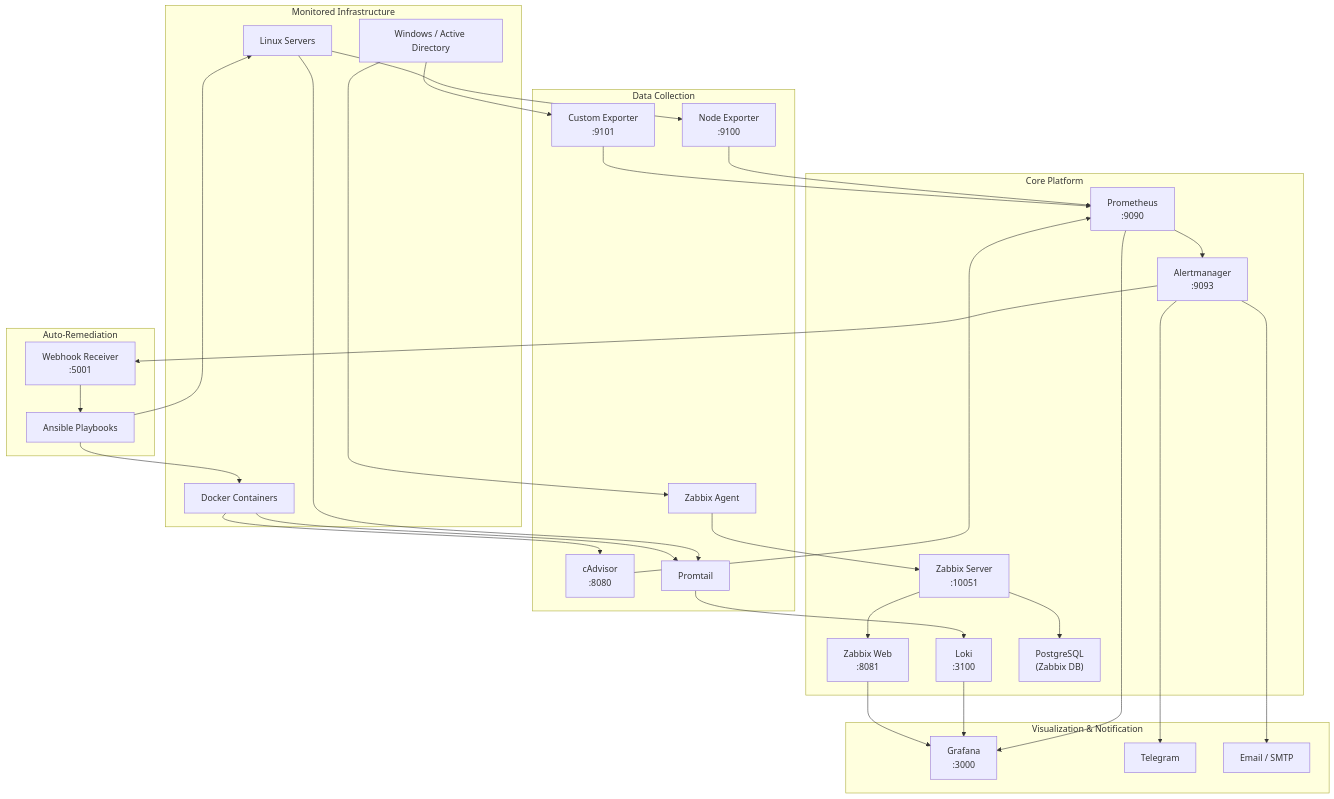
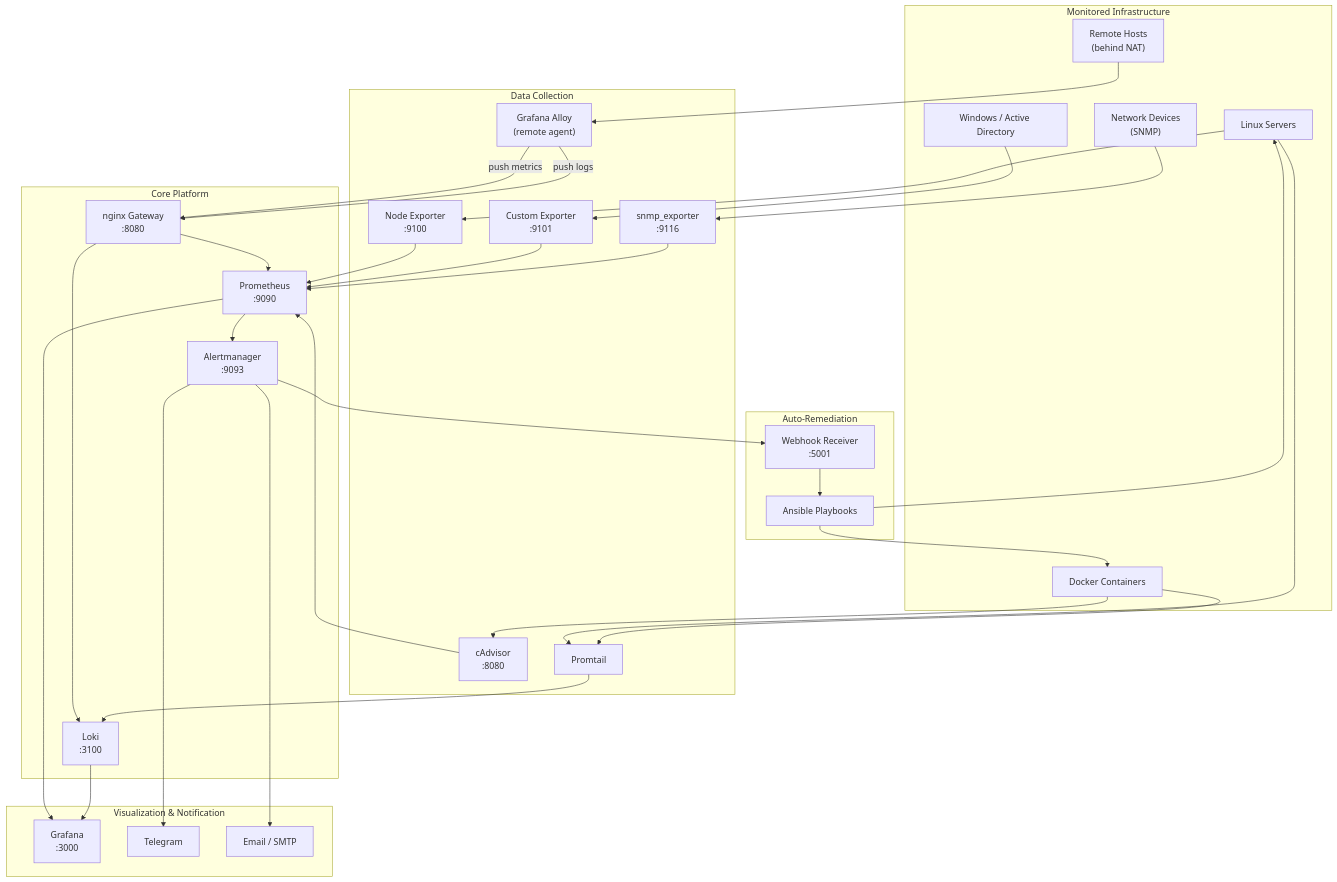
One commit to sahmaragaev/panoptes changed the diagram in README.md. Above: the diagram before and after it, drawn with Mermaid. The commit also changed other lines of this file and 36 other files, not shown here.

First line of the commit message:
Update Docker Compose configuration, add Grafana Alloy agent, and enhance documentation

````diff
--- a/README.md
+++ b/README.md
@@ -28,65 +28,68 @@
 ```mermaid
 flowchart TB
     subgraph Targets["Monitored Infrastructure"]
         Linux["Linux Servers"]
         Windows["Windows / Active Directory"]
         Docker["Docker Containers"]
+        NetDev["Network Devices\n(SNMP)"]
+        Remote["Remote Hosts\n(behind NAT)"]
     end
 
     subgraph Collectors["Data Collection"]
         NE["Node Exporter\n:9100"]
         CE["Custom Exporter\n:9101"]
         CA["cAdvisor\n:8080"]
         PT["Promtail"]
-        ZA["Zabbix Agent"]
+        SE["snmp_exporter\n:9116"]
+        AL["Grafana Alloy\n(remote agent)"]
     end
 
     subgraph Core["Core Platform"]
         PR["Prometheus\n:9090"]
         LK["Loki\n:3100"]
         AM["Alertmanager\n:9093"]
-        ZS["Zabbix Server\n:10051"]
-        ZW["Zabbix Web\n:8081"]
-        ZP["PostgreSQL\n(Zabbix DB)"]
+        NG["nginx Gateway\n:8080"]
     end
 
     subgraph Visualization["Visualization & Notification"]
         GR["Grafana\n:3000"]
         TG["Telegram"]
         EM["Email / SMTP"]
     end
 
     subgraph Remediation["Auto-Remediation"]
         WH["Webhook Receiver\n:5001"]
         AN["Ansible Playbooks"]
     end
 
     Linux --> NE
     Linux --> PT
-    Windows --> ZA
     Windows --> CE
     Docker --> CA
     Docker --> PT
+    NetDev --> SE
+
+    Remote --> AL
+    AL -->|"push metrics"| NG
+    AL -->|"push logs"| NG
+    NG --> PR
+    NG --> LK
 
     NE --> PR
     CE --> PR
     CA --> PR
+    SE --> PR
     PT --> LK
-    ZA --> ZS
-
-    ZS --> ZP
-    ZS --> ZW
 
     PR --> AM
     PR --> GR
     LK --> GR
-    ZW --> GR
 
     AM --> TG
     AM --> EM
     AM --> WH
 
     WH --> AN
     AN --> Linux
     AN --> Docker
 ```
````
